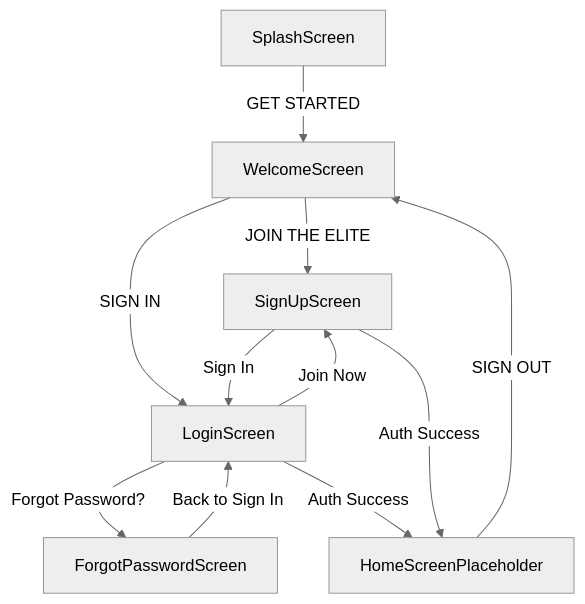
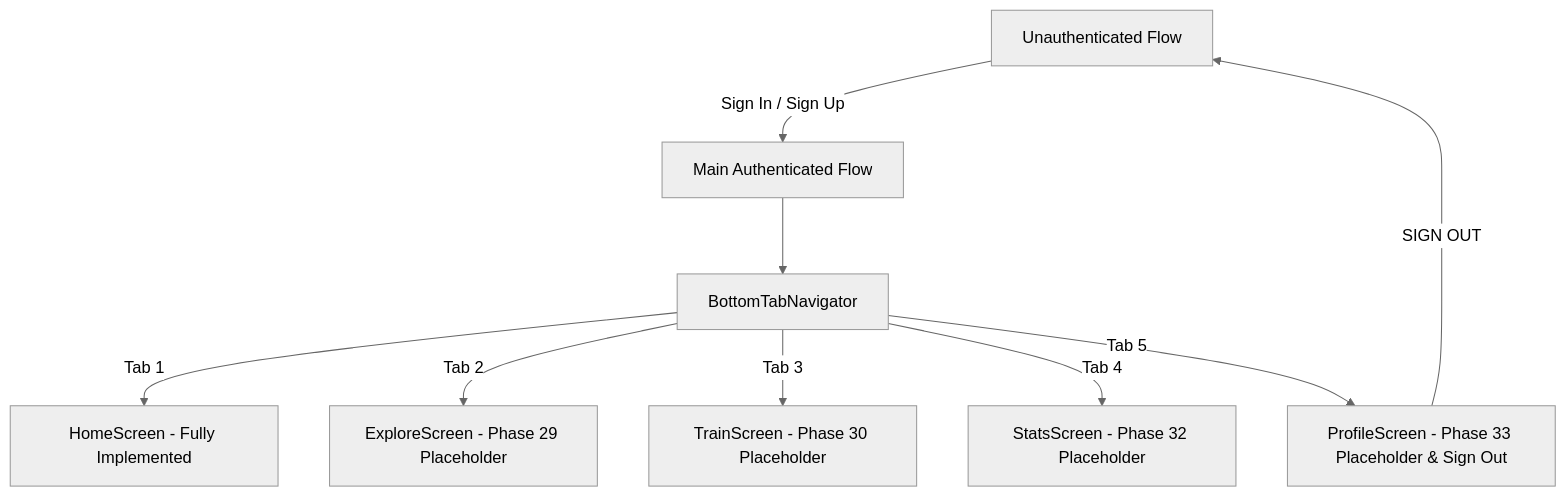
One commit to HarshitJain26-2/Kinetra changed the diagram in docs/MOBILE_PROGRESS.md. Above: the diagram before and after it, drawn with Mermaid (neutral theme). The commit also changed other lines of this file and 18 other files, not shown here.

````diff
--- a/docs/MOBILE_PROGRESS.md
+++ b/docs/MOBILE_PROGRESS.md
@@ -64,13 +81,11 @@
 ```mermaid
 graph TD
-    A[SplashScreen] -->|GET STARTED| B[WelcomeScreen]
-    B -->|JOIN THE ELITE| D[SignUpScreen]
-    B -->|SIGN IN| C[LoginScreen]
-    C -->|Forgot Password?| E[ForgotPasswordScreen]
-    E -->|Back to Sign In| C
-    C -->|Join Now| D
-    D -->|Sign In| C
-    C -->|Auth Success| F[HomeScreenPlaceholder]
-    D -->|Auth Success| F
-    F -->|SIGN OUT| B
+    A[Unauthenticated Flow] -->|Sign In / Sign Up| B[Main Authenticated Flow]
+    B --> C[BottomTabNavigator]
+    C -->|Tab 1| D[HomeScreen - Fully Implemented]
+    C -->|Tab 2| E[ExploreScreen - Phase 29 Placeholder]
+    C -->|Tab 3| F[TrainScreen - Phase 30 Placeholder]
+    C -->|Tab 4| G[StatsScreen - Phase 32 Placeholder]
+    C -->|Tab 5| H[ProfileScreen - Phase 33 Placeholder & Sign Out]
+    H -->|SIGN OUT| A
 ```
````
